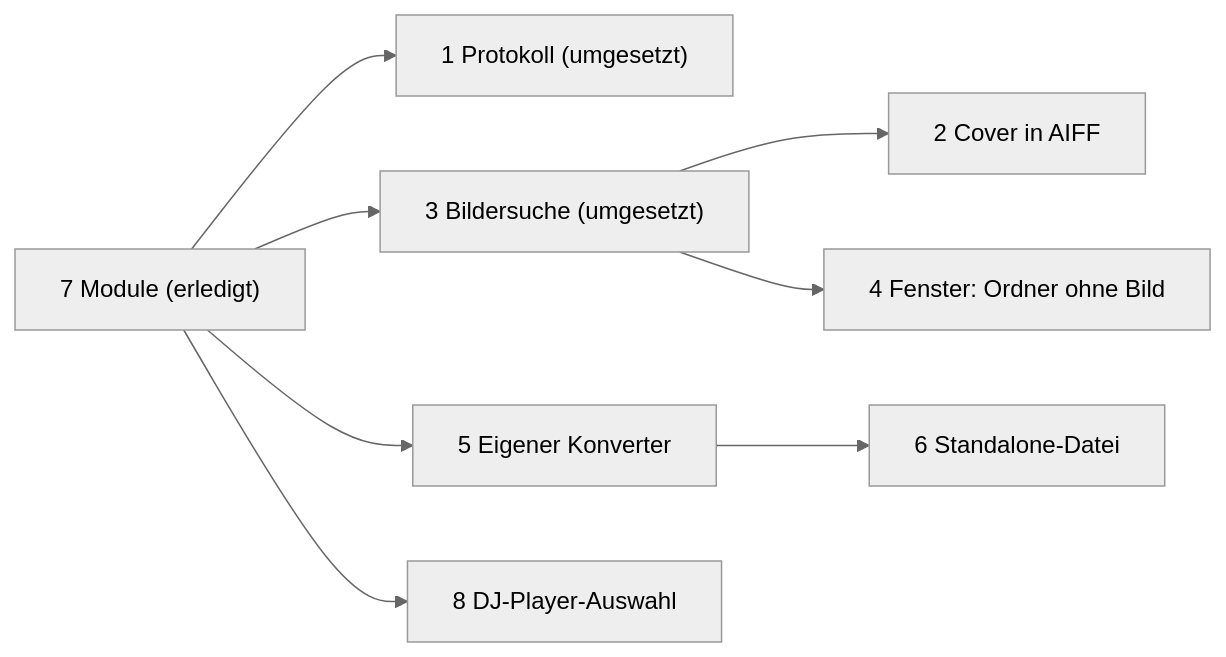
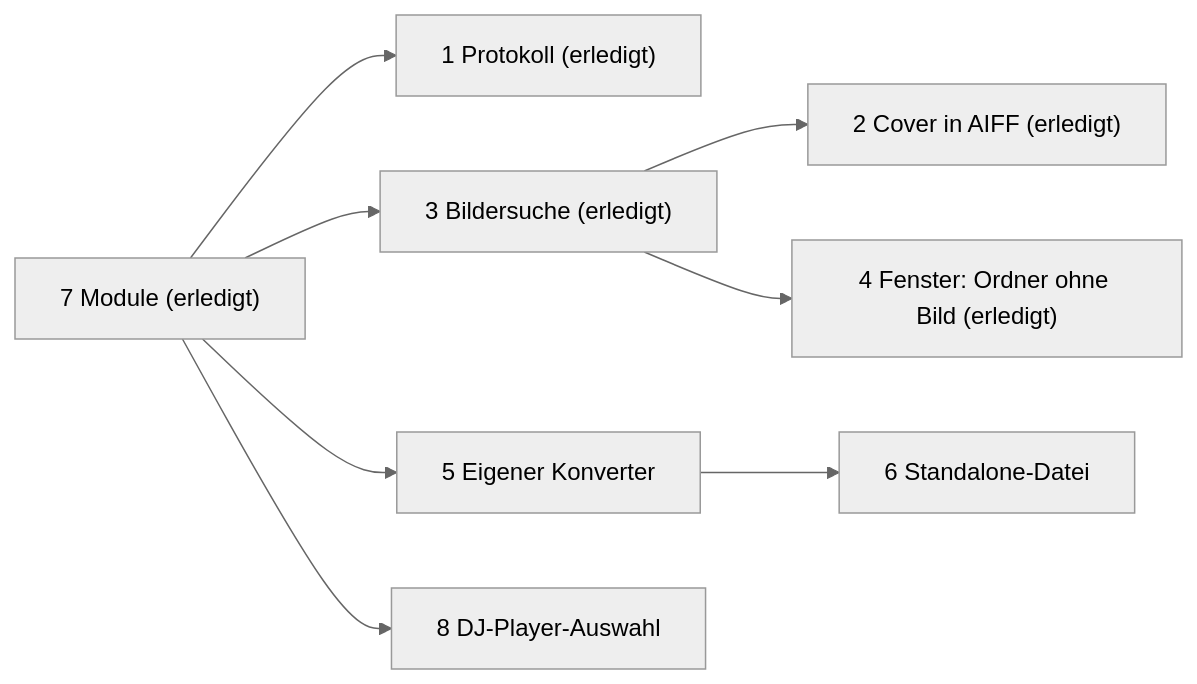
One commit to Senci/audio-konverter changed the diagram in wiki/offen.md. Above: the diagram before and after it, drawn with Mermaid (neutral theme). The commit also changed other lines of this file and 5 other files, not shown here.

Commit message:
Cover integration n AIFF updated

````diff
--- a/wiki/offen.md
+++ b/wiki/offen.md
@@ -3,10 +3,10 @@
 ```mermaid
 flowchart LR
-    M["7 Module (erledigt)"] --> P["1 Protokoll (umgesetzt)"]
-    M --> B["3 Bildersuche (umgesetzt)"]
+    M["7 Module (erledigt)"] --> P["1 Protokoll (erledigt)"]
+    M --> B["3 Bildersuche (erledigt)"]
     M --> K["5 Eigener Konverter"]
     M --> D["8 DJ-Player-Auswahl"]
-    B --> C["2 Cover in AIFF"]
-    B --> N["4 Fenster: Ordner ohne Bild"]
+    B --> C["2 Cover in AIFF (erledigt)"]
+    B --> N["4 Fenster: Ordner ohne Bild (erledigt)"]
     K --> S["6 Standalone-Datei"]
 ```
````
